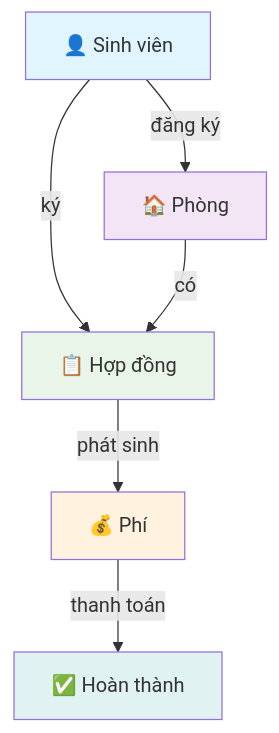
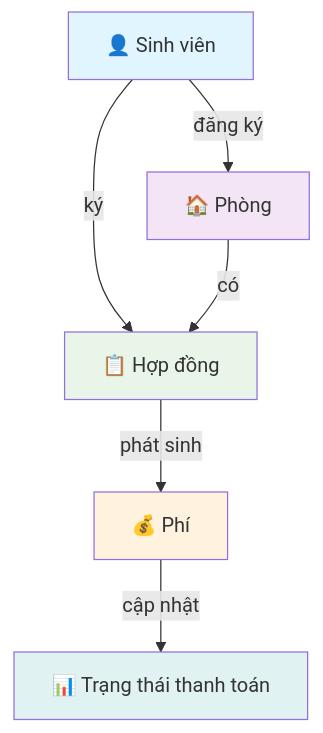
Before and after one commit to BachNguyenn/dorm_web: the first of 2 diagrams in README.md, drawn with Mermaid. The commit also changed other lines of this file, not shown here.

````diff
--- a/README.md
+++ b/README.md
@@ -179,14 +170,14 @@
 ```mermaid
 graph TD
     A[👤 Sinh viên] -->|đăng ký| B[🏠 Phòng]
     A -->|ký| C[📋 Hợp đồng]
     B -->|có| C
     C -->|phát sinh| D[💰 Phí]
-    D -->|thanh toán| E[✅ Hoàn thành]
+    D -->|cập nhật| E[📊 Trạng thái thanh toán]
     
     style A fill:#e1f5fe
     style B fill:#f3e5f5
     style C fill:#e8f5e8
     style D fill:#fff3e0
     style E fill:#e0f2f1
 ```
````
